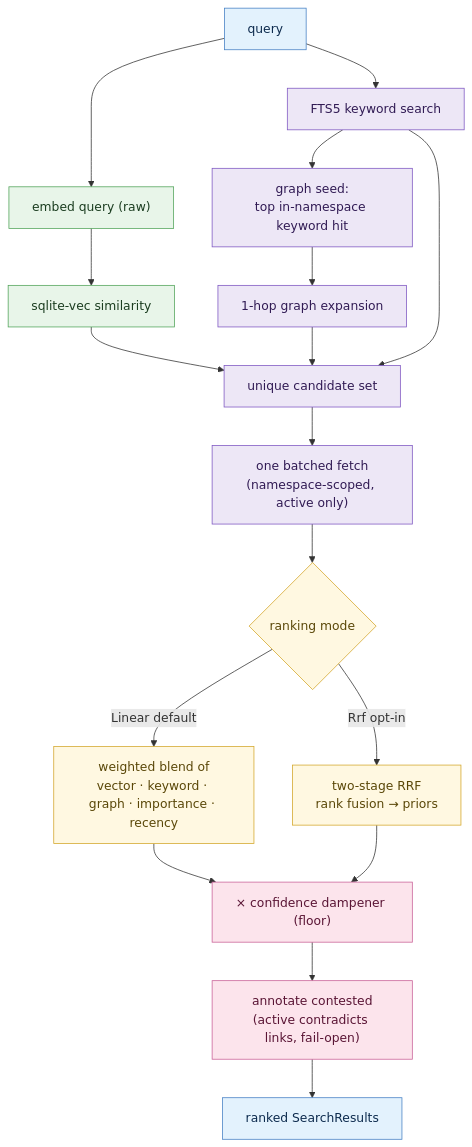
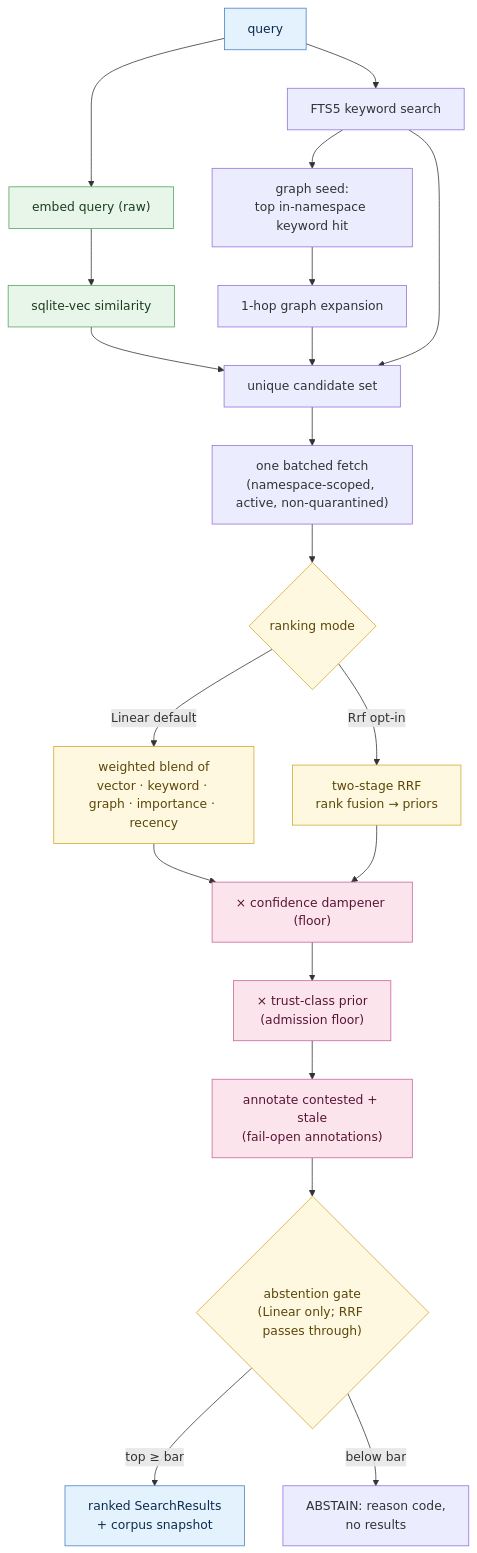
Before and after one commit to brianluby/rusty-brain: the fourth of 5 diagrams in docs/ARCHITECTURE.md, drawn with Mermaid. The commit also changed other lines of this file and 2 other files, not shown here.

First line of the commit message:
docs: document write gate, trust ladder, and abstention (#62, #63, #69)

````diff
--- a/docs/ARCHITECTURE.md
+++ b/docs/ARCHITECTURE.md
@@ -240,31 +278,33 @@
 ```mermaid
 flowchart TB
   Q["query"] --> EMBED["embed query (raw)"]
   Q --> KW["FTS5 keyword search"]
   EMBED --> VEC["sqlite-vec similarity"]
   KW --> SEED["graph seed:<br/>top in-namespace keyword hit"]
   SEED --> GRAPH["1-hop graph expansion"]
 
   KW --> MERGE["unique candidate set"]
   VEC --> MERGE
   GRAPH --> MERGE
-  MERGE --> FETCH["one batched fetch<br/>(namespace-scoped, active only)"]
+  MERGE --> FETCH["one batched fetch<br/>(namespace-scoped, active, non-quarantined)"]
   FETCH --> RANK{"ranking mode"}
   RANK -->|Linear default| LIN["weighted blend of<br/>vector · keyword · graph · importance · recency"]
   RANK -->|Rrf opt-in| RRF["two-stage RRF<br/>rank fusion → priors"]
   LIN --> CONF["× confidence dampener (floor)"]
   RRF --> CONF
-  CONF --> CONTEST["annotate contested<br/>(active contradicts links, fail-open)"]
-  CONTEST --> OUT["ranked SearchResults"]
+  CONF --> TRUST["× trust-class prior<br/>(admission floor)"]
+  TRUST --> CONTEST["annotate contested + stale<br/>(fail-open annotations)"]
+  CONTEST --> ABSTAIN{"abstention gate<br/>(Linear only; RRF passes through)"}
+  ABSTAIN -->|top ≥ bar| OUT["ranked SearchResults<br/>+ corpus snapshot"]
+  ABSTAIN -->|below bar| ABST["ABSTAIN: reason code,<br/>no results"]
 
   classDef client fill:#e3f2fd,stroke:#4781c4,color:#0d2b4e;
   classDef proc fill:#ede7f6,stroke:#7e57c2,color:#311b54;
   classDef embed fill:#e8f5e9,stroke:#52a45a,color:#1b3d20;
   classDef decision fill:#fff8e1,stroke:#d4a72c,color:#5a4708;
   classDef accent fill:#fce4ec,stroke:#c96198,color:#5a1535;
   class Q,OUT client;
-  class KW,SEED,GRAPH,MERGE,FETCH proc;
+  class RANK,LIN,RRF,ABSTAIN decision;
+  class CONF,CONTEST,TRUST accent;
   class EMBED,VEC embed;
-  class RANK,LIN,RRF decision;
-  class CONF,CONTEST accent;
 ```
````
